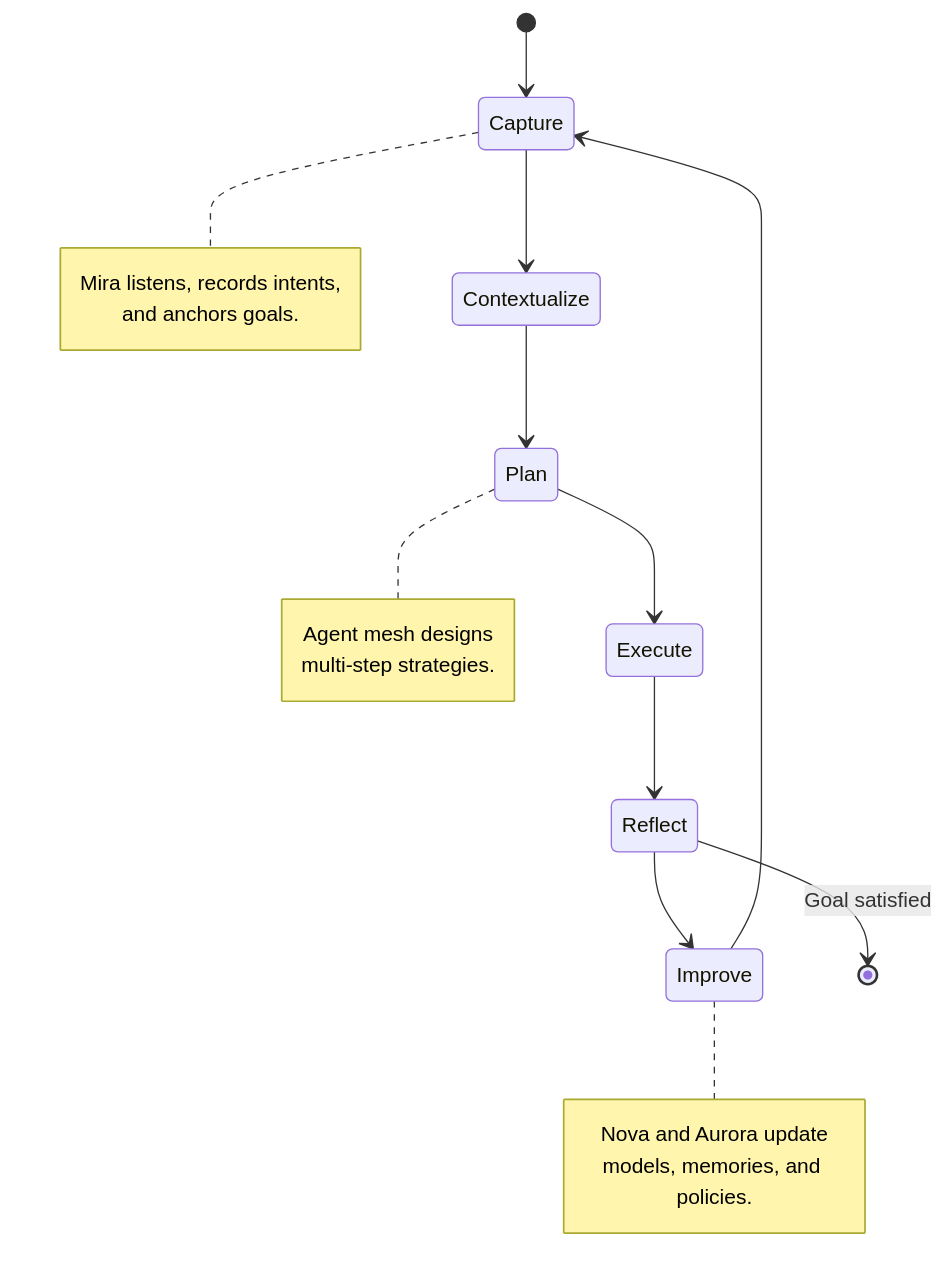
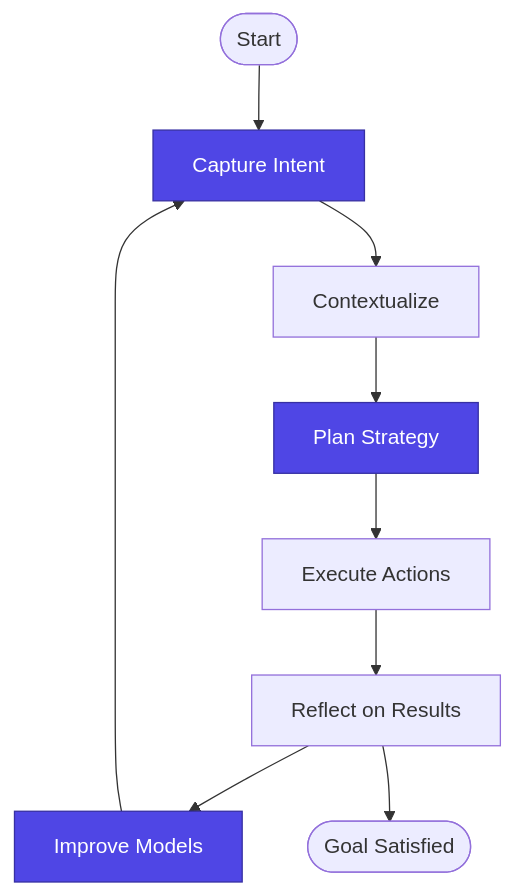
Before and after one commit to mad-code333/tuturu: the second of 3 diagrams in apps/docs/overview/vision.mdx, drawn with Mermaid. The commit also changed other lines of this file and 3 other files, not shown here.

Commit message:
refactor(docs): update Mermaid diagrams to improve clarity and consistency across documentation

````diff
--- a/apps/docs/overview/vision.mdx
+++ b/apps/docs/overview/vision.mdx
@@ -145,24 +133,15 @@
 ```mermaid
-stateDiagram-v2
-    [*] --> Capture
-    Capture --> Contextualize
-    Contextualize --> Plan
-    Plan --> Execute
-    Execute --> Reflect
-    Reflect --> Improve
+graph TD
+    Start([Start]) --> Capture[Capture Intent]
+    Capture --> Contextualize[Contextualize]
+    Contextualize --> Plan[Plan Strategy]
+    Plan --> Execute[Execute Actions]
+    Execute --> Reflect[Reflect on Results]
+    Reflect --> Improve[Improve Models]
     Improve --> Capture
-    Reflect --> [*]: Goal satisfied
+    Reflect --> End([Goal Satisfied])
 
-    note right of Capture
-        Mira listens, records intents,
-        and anchors goals.
-    end note
-    note right of Plan
-        Agent mesh designs
-        multi-step strategies.
-    end note
-    note right of Improve
-        Nova and Aurora update
-        models, memories, and policies.
-    end note
+    style Capture fill:#4f46e5,stroke:#3730a3,color:#fff
+    style Plan fill:#4f46e5,stroke:#3730a3,color:#fff
+    style Improve fill:#4f46e5,stroke:#3730a3,color:#fff
 ```
````
